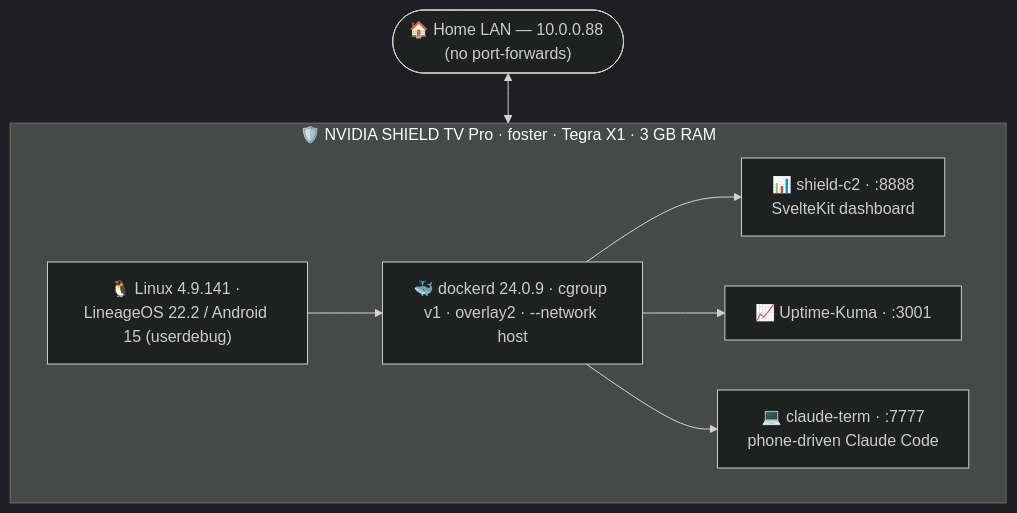
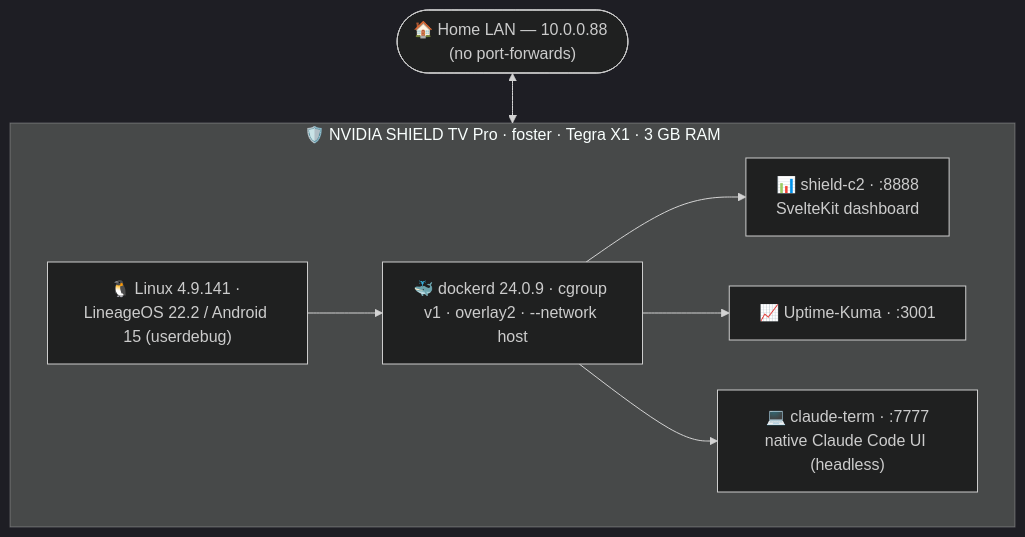
One commit to Quadstronaut/NVidiaShieldPro changed the first of 2 diagrams in README.md. Above: the diagram before and after it, drawn with Mermaid (dark theme). The commit also changed other lines of this file and 2 other files, not shown here.

Commit message:
docs(claude-term): mark v2 live — README, threat model, bringup notes
- README: claude-term row + diagram now describe the native headless UI
  (bypass + remote-control on by default, persists across reboot), linking
  the v2 spec/plan and noting it supersedes the v1 terminal.
- THREAT-MODEL: new v2 section — honest statement that :7777 is now a
  bypass-permissions, remote-control-by-default Claude Code agent anyone on
  the LAN can drive; blast radius bounded by no-docker-socket (the bright
  line vs shield-c2) + workspace-confinement + non-root; upgrade path =
  re-enable gate / Approve-Deny / scope the token.
- bringup notes: v2 deploy recipe (fast path, no rebuild; PowerShell-for-adb
  gotcha) + the live verification evidence (AC4 no-garble, AC5/6/7 stream+
  tools+bypass, AC8 multi-attach, AC9 reboot persistence).

Claude-Session: https://claude.ai/code/session_01FCYck5QBEXvhZFSnXvRzZU

````diff
--- a/README.md
+++ b/README.md
@@ -124,13 +124,13 @@
 ```mermaid
 flowchart TB
     LAN(["🏠 Home LAN — 10.0.0.88 (no port-forwards)"])
     subgraph SHIELD["🛡️ NVIDIA SHIELD TV Pro · foster · Tegra X1 · 3 GB RAM"]
         K["🐧 Linux 4.9.141 · LineageOS 22.2 / Android 15 (userdebug)"]
         DK["🐳 dockerd 24.0.9 · cgroup v1 · overlay2 · --network host"]
         K --> DK
         DK --> C2["📊 shield-c2 · :8888<br/>SvelteKit dashboard"]
         DK --> KU["📈 Uptime-Kuma · :3001"]
-        DK --> CT["💻 claude-term · :7777<br/>phone-driven Claude Code"]
+        DK --> CT["💻 claude-term · :7777<br/>native Claude Code UI (headless)"]
     end
     LAN <--> SHIELD
 ```
````
